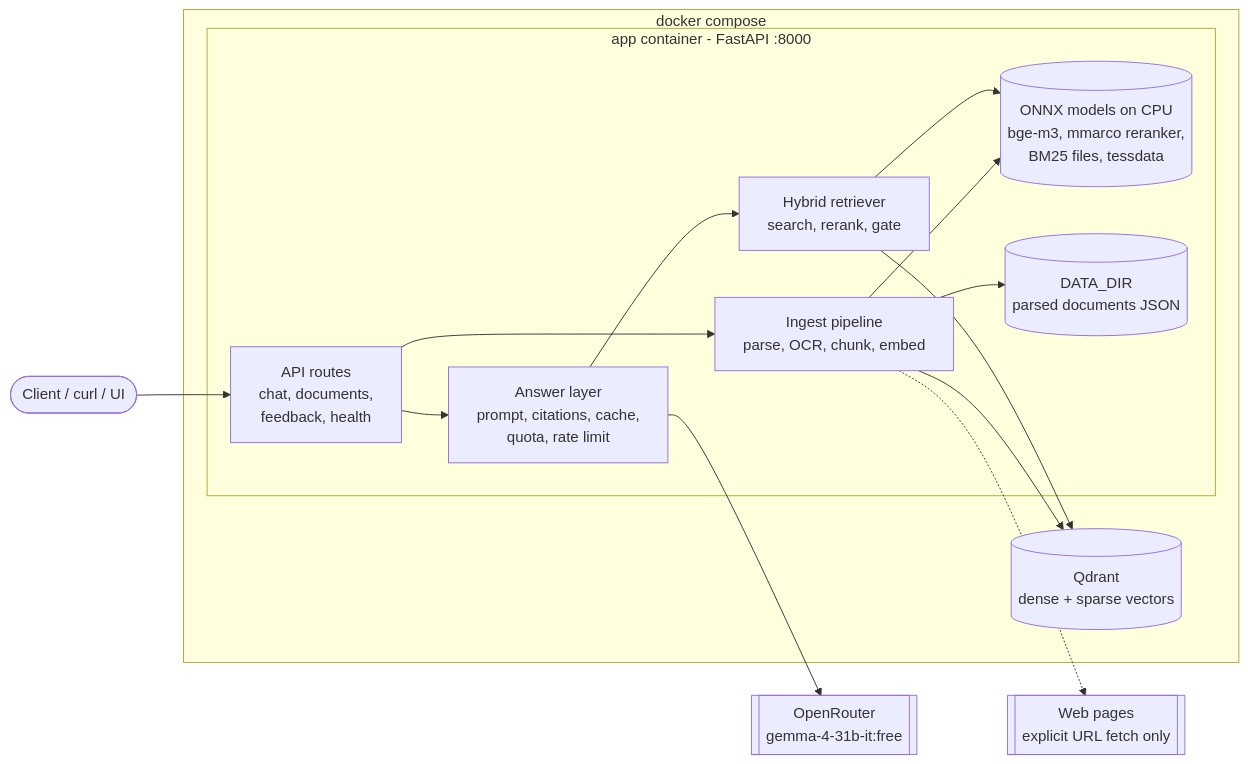
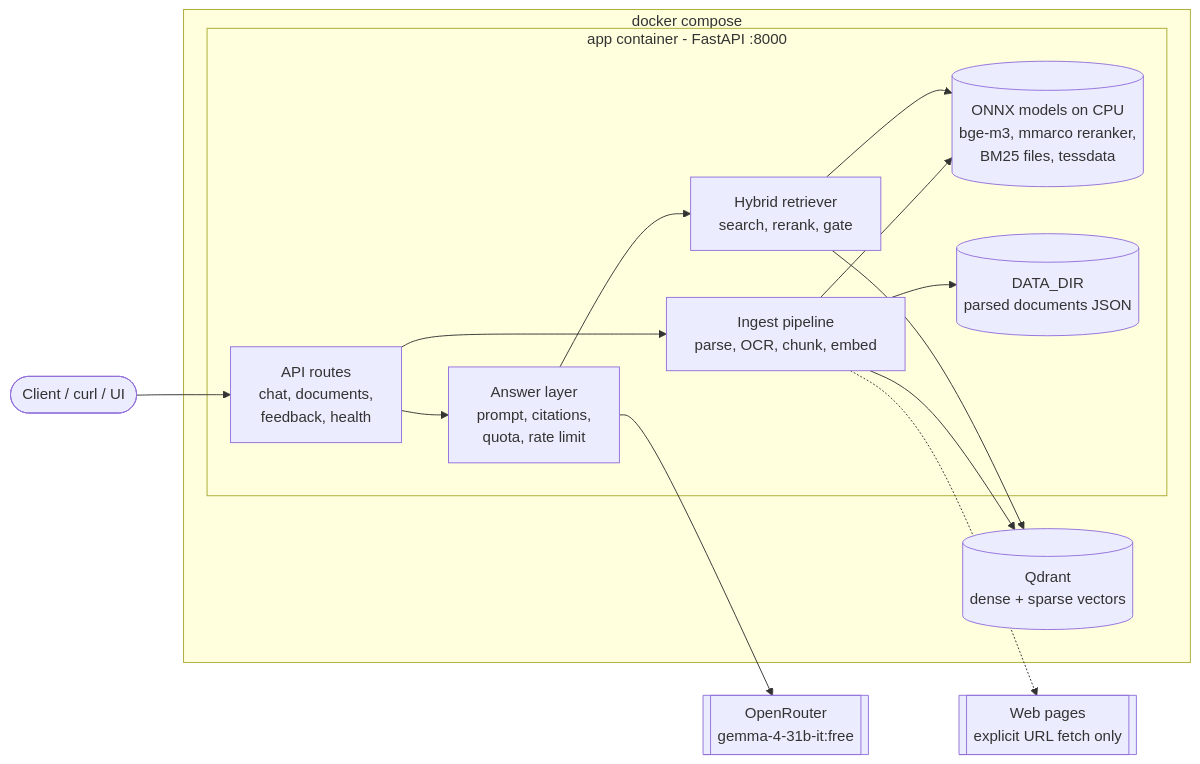
The first of 6 diagrams in README.md (MicroClub-USTHB/micro-bot), drawn with Mermaid before and after one commit. The commit also changed other lines of this file and 25 other files, not shown here.

First line of the commit message:
remove the in-process answer cache, so every question runs retrieval and generation again

````diff
--- a/README.md
+++ b/README.md
@@ -40,31 +40,31 @@
 ```mermaid
 flowchart LR
     client([Client / curl / UI])
 
     subgraph compose[docker compose]
         subgraph app[app container - FastAPI :8000]
             api[API routes<br/>chat, documents,<br/>feedback, health]
             ingest[Ingest pipeline<br/>parse, OCR, chunk, embed]
             retr[Hybrid retriever<br/>search, rerank, gate]
-            ans[Answer layer<br/>prompt, citations, cache,<br/>quota, rate limit]
+            ans[Answer layer<br/>prompt, citations,<br/>quota, rate limit]
             models[(ONNX models on CPU<br/>bge-m3, mmarco reranker,<br/>BM25 files, tessdata)]
             docs[(DATA_DIR<br/>parsed documents JSON)]
         end
         qdrant[(Qdrant<br/>dense + sparse vectors)]
     end
 
     llm[[OpenRouter<br/>gemma-4-31b-it:free]]
     web[[Web pages<br/>explicit URL fetch only]]
 
     client --> api
     api --> ingest
     api --> ans
     ans --> retr
     ingest --> models
     retr --> models
     ingest --> docs
     ingest --> qdrant
     retr --> qdrant
     ans --> llm
     ingest -.-> web
 ```
````
